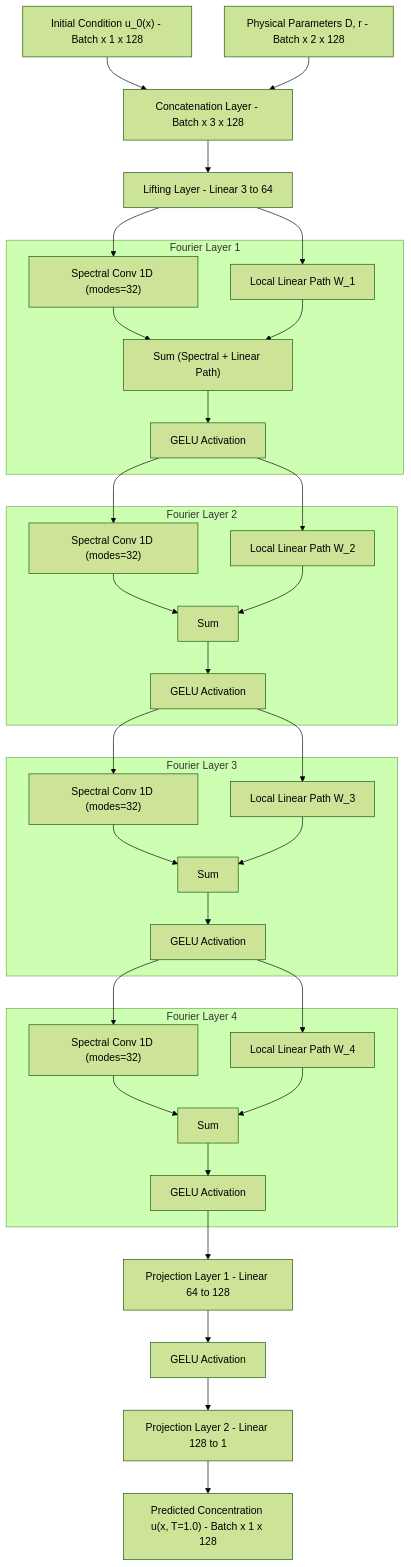
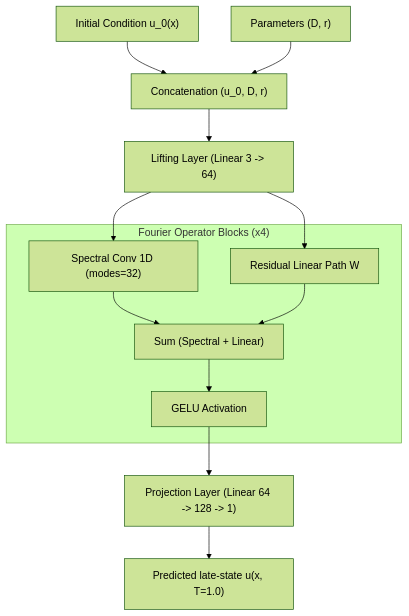
One commit to shekharsameer2308/Prototype-FNO-1D-RxnDynamics- changed the first of 2 diagrams in README.md. Above: the diagram before and after it, drawn with Mermaid (forest theme). The commit also changed other lines of this file, not shown here.

````diff
--- a/README.md
+++ b/README.md
@@ -135,73 +28,28 @@
 ```mermaid
 graph TD
-    IC["Initial Condition u_0(x) - Batch x 1 x 128"]
-    Params["Physical Parameters D, r - Batch x 2 x 128"]
-    Concat["Concatenation Layer - Batch x 3 x 128"]
-    Lifting["Lifting Layer - Linear 3 to 64"]
+    IC["Initial Condition u_0(x)"]
+    Params["Parameters (D, r)"]
+    Concat["Concatenation (u_0, D, r)"]
+    Lifting["Lifting Layer (Linear 3 -> 64)"]
     
-    subgraph FNO_Layer_1["Fourier Layer 1"]
-        F1["Spectral Conv 1D (modes=32)"]
-        W1["Local Linear Path W_1"]
-        Add1["Sum (Spectral + Linear Path)"]
-        Act1["GELU Activation"]
-    end
-    
-    subgraph FNO_Layer_2["Fourier Layer 2"]
-        F2["Spectral Conv 1D (modes=32)"]
-        W2["Local Linear Path W_2"]
-        Add2["Sum"]
-        Act2["GELU Activation"]
+    subgraph FNO_Layers["Fourier Operator Blocks (x4)"]
+        F["Spectral Conv 1D (modes=32)"]
+        W["Residual Linear Path W"]
+        Sum["Sum (Spectral + Linear)"]
+        Act["GELU Activation"]
     end
 
-    subgraph FNO_Layer_3["Fourier Layer 3"]
-        F3["Spectral Conv 1D (modes=32)"]
-        W3["Local Linear Path W_3"]
-        Add3["Sum"]
-        Act3["GELU Activation"]
-    end
-
-    subgraph FNO_Layer_4["Fourier Layer 4"]
-        F4["Spectral Conv 1D (modes=32)"]
-        W4["Local Linear Path W_4"]
-        Add4["Sum"]
-        Act4["GELU Activation"]
-    end
-
-    Proj1["Projection Layer 1 - Linear 64 to 128"]
-    ActP["GELU Activation"]
-    Proj2["Projection Layer 2 - Linear 128 to 1"]
-    Output["Predicted Concentration u(x, T=1.0) - Batch x 1 x 128"]
+    Proj["Projection Layer (Linear 64 -> 128 -> 1)"]
+    Output["Predicted late-state u(x, T=1.0)"]
 
     IC --> Concat
     Params --> Concat
     Concat --> Lifting
-    Lifting --> F1
-    Lifting --> W1
-    
-    F1 --> Add1
-    W1 --> Add1
-    Add1 --> Act1
-    
-    Act1 --> F2
-    Act1 --> W2
-    F2 --> Add2
-    W2 --> Add2
-    Add2 --> Act2
-    
-    Act2 --> F3
-    Act2 --> W3
-    F3 --> Add3
-    W3 --> Add3
-    Add3 --> Act3
-
-    Act3 --> F4
-    Act3 --> W4
-    F4 --> Add4
-    W4 --> Add4
-    Add4 --> Act4
-    
-    Act4 --> Proj1
-    Proj1 --> ActP
-    ActP --> Proj2
-    Proj2 --> Output
+    Lifting --> F
+    Lifting --> W
+    F --> Sum
+    W --> Sum
+    Sum --> Act
+    Act --> Proj
+    Proj --> Output
 ```
````
